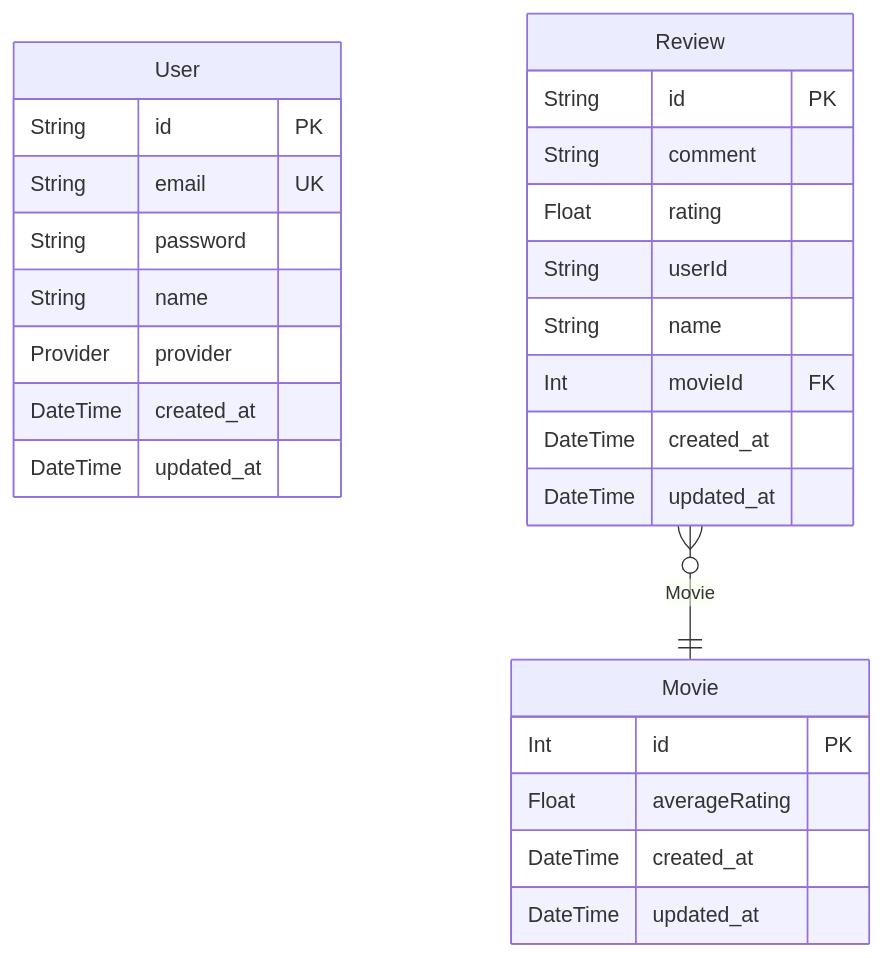
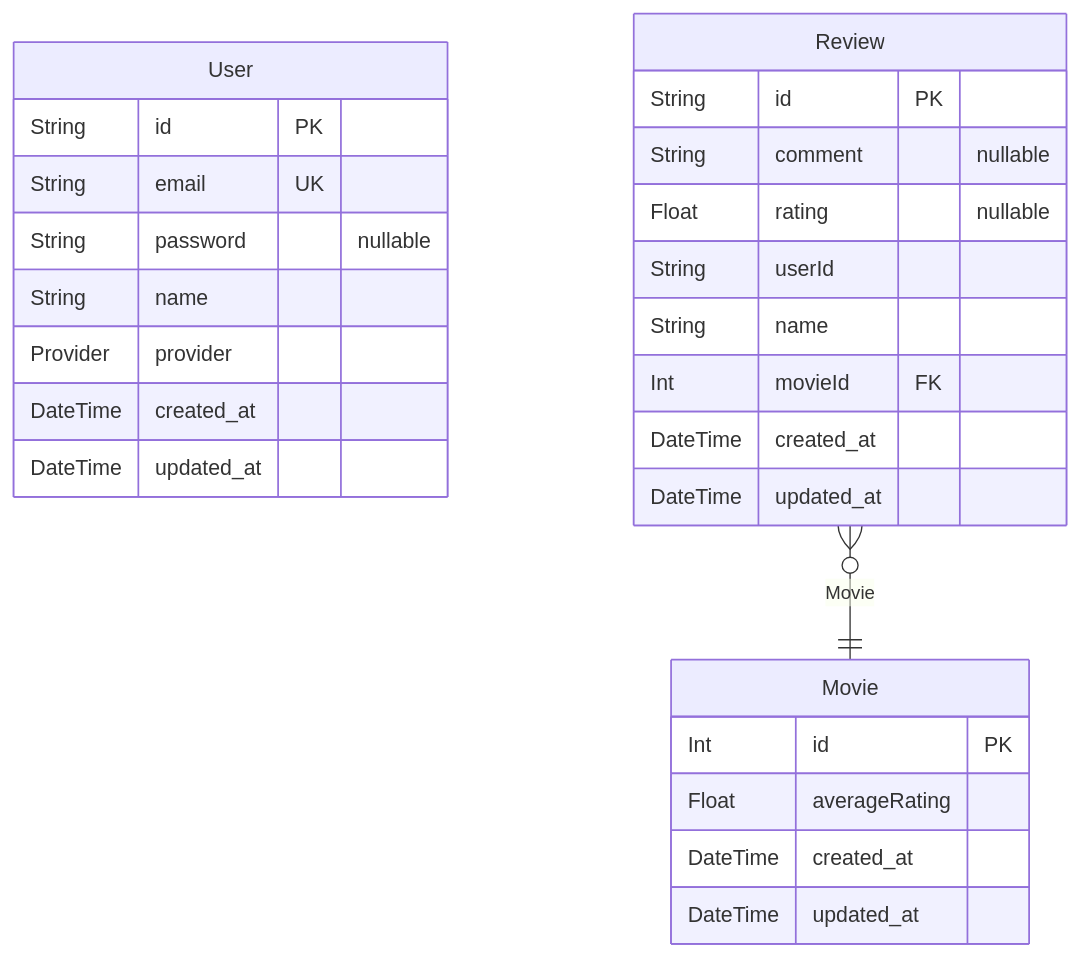
Before and after one commit to hojun-lee99/web-project: the diagram in server/prisma/ERD.md, drawn with Mermaid. The commit also changed 3 other files, not shown here.

````diff
--- a/server/prisma/ERD.md
+++ b/server/prisma/ERD.md
@@ -7,29 +7,29 @@
 ```mermaid
 erDiagram
 "User" {
   String id PK
   String email UK
-  String password
+  String password "nullable"
   String name
   Provider provider
   DateTime created_at
   DateTime updated_at
 }
 "Movie" {
   Int id PK
   Float averageRating
   DateTime created_at
   DateTime updated_at
 }
 "Review" {
   String id PK
-  String comment
-  Float rating
+  String comment "nullable"
+  Float rating "nullable"
   String userId
   String name
   Int movieId FK
   DateTime created_at
   DateTime updated_at
 }
 "Review" }o--|| "Movie" : Movie
 ```
````
